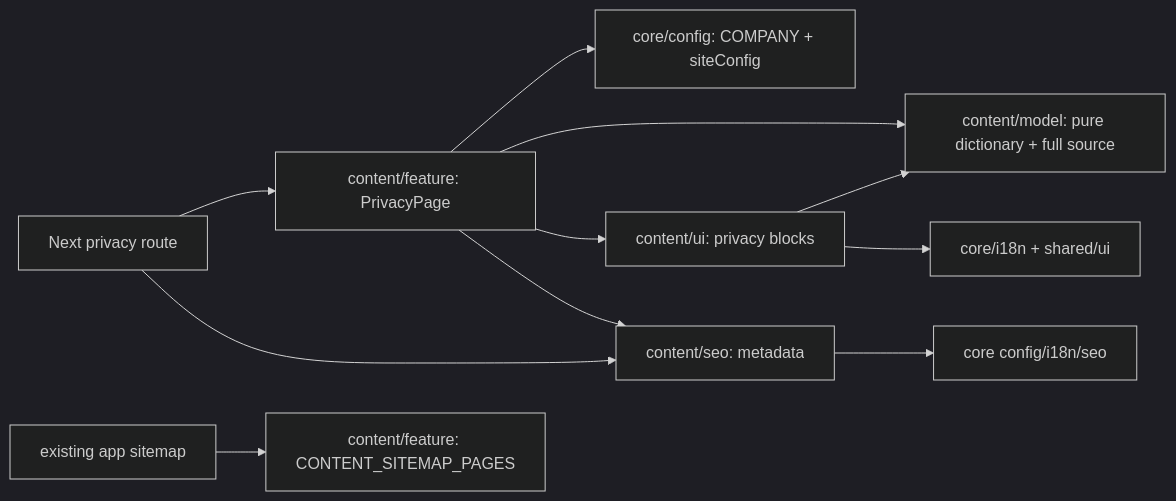
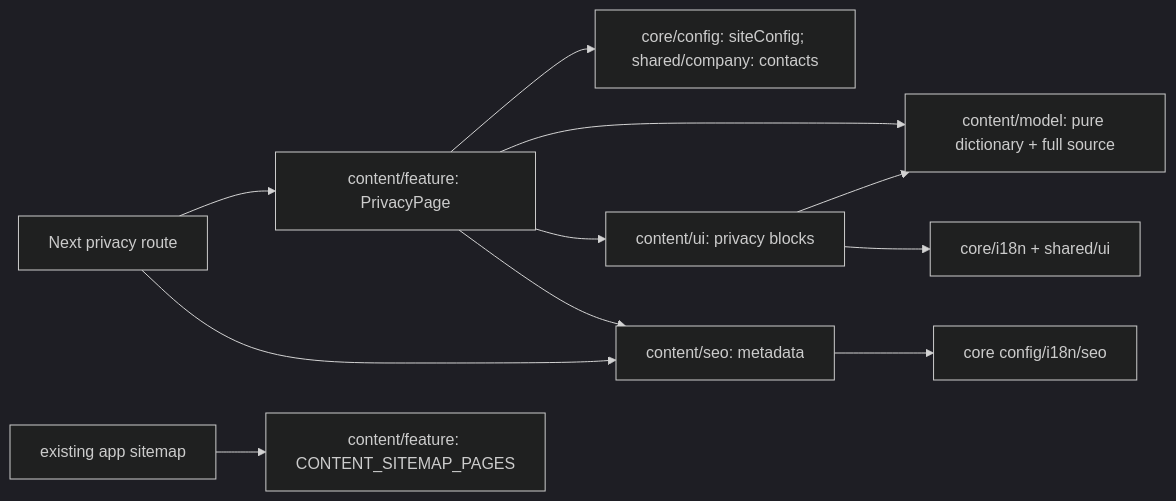
Before and after one commit to Weretik/kedr-web: the diagram in docs/features/site/privacy-policy.md, drawn with Mermaid (dark theme). The commit also changed other lines of this file and 145 other files, not shown here.

First line of the commit message:
feat(contacts): site reads company contacts from the API, admin edits them

````diff
--- a/docs/features/site/privacy-policy.md
+++ b/docs/features/site/privacy-policy.md
@@ -9,13 +9,13 @@
 ```mermaid
 flowchart LR
   Route["Next privacy route"] --> Feature["content/feature: PrivacyPage"]
   Route --> SEO["content/seo: metadata"]
-  Feature --> Config["core/config: COMPANY + siteConfig"]
+  Feature --> Config["core/config: siteConfig; shared/company: contacts"]
   Feature --> Model["content/model: pure dictionary + full source"]
   Feature --> UI["content/ui: privacy blocks"]
   Feature --> SEO
   UI --> Model
   UI --> Shared["core/i18n + shared/ui"]
   SEO --> CoreSEO["core config/i18n/seo"]
   Sitemap["existing app sitemap"] --> Pages["content/feature: CONTENT_SITEMAP_PAGES"]
 ```
````
